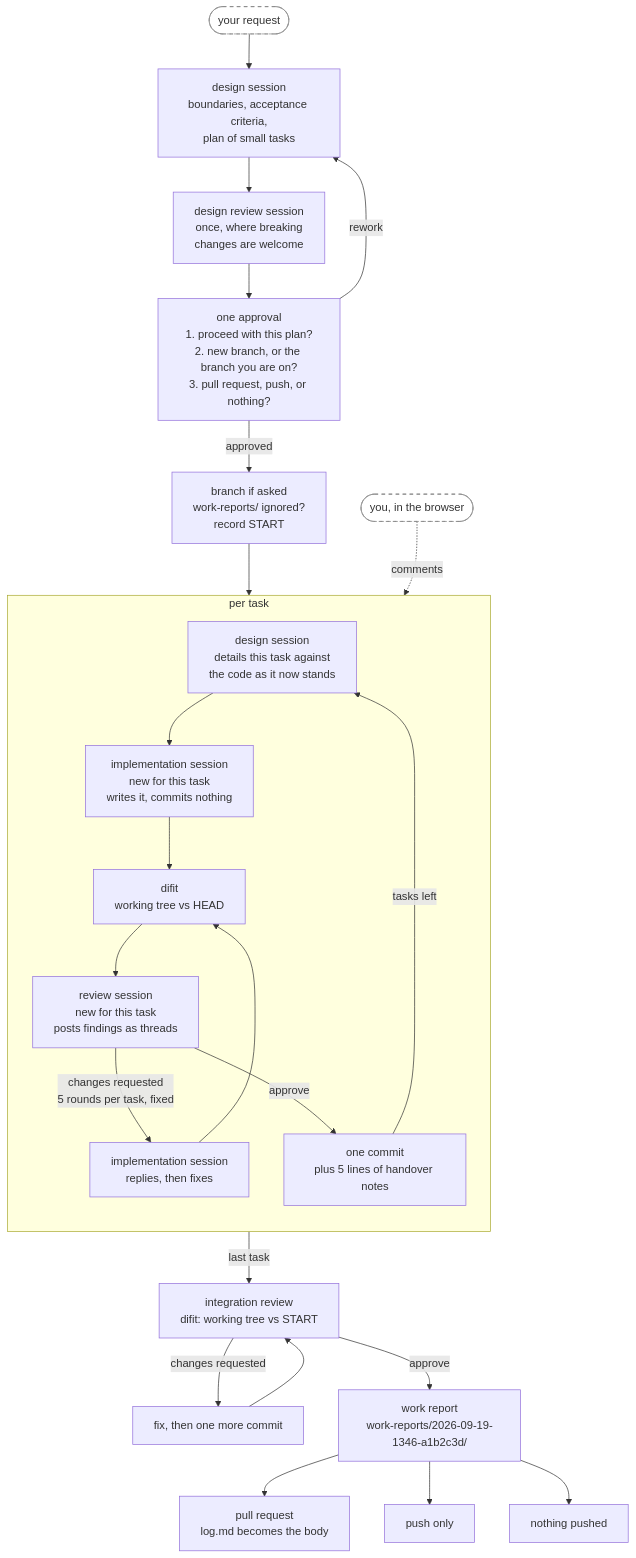
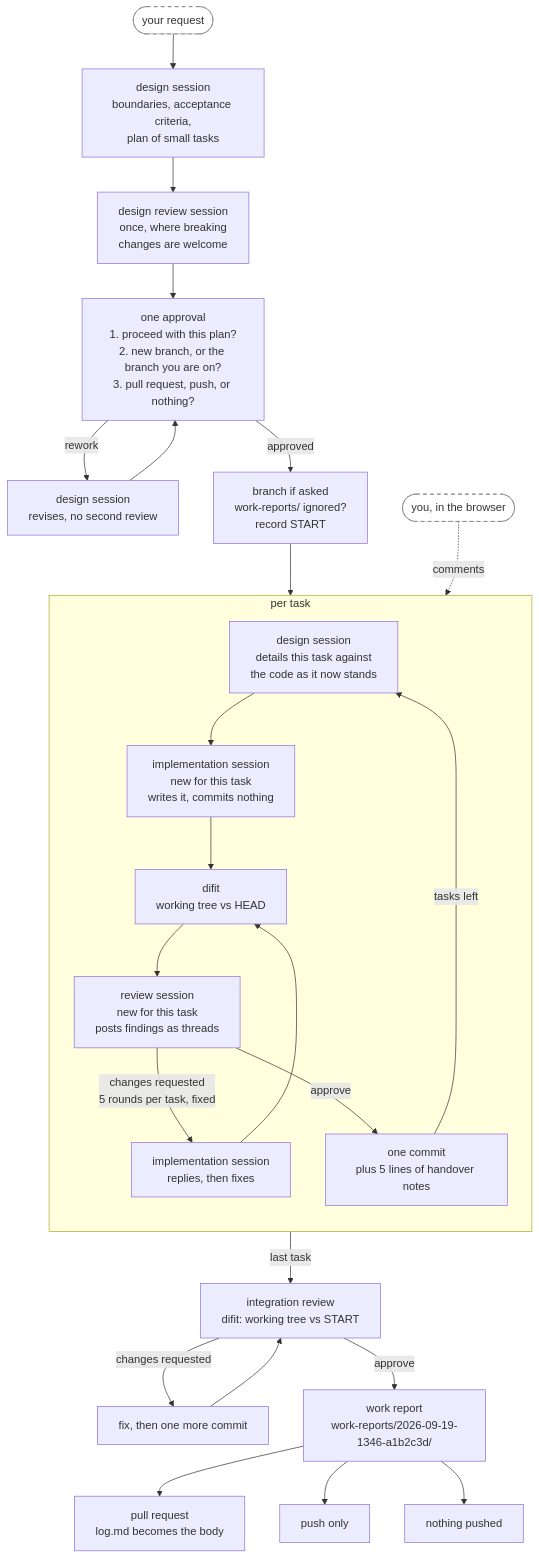
One commit to annetaan/claude-plugins changed the first of 2 diagrams in plugins/annetaan/README.md. Above: the diagram before and after it, drawn with Mermaid. The commit also changed 4 other files, not shown here.

First line of the commit message:
fix: settle the integration review of the design review

````diff
--- a/plugins/annetaan/README.md
+++ b/plugins/annetaan/README.md
@@ -34,36 +34,36 @@
 ```mermaid
 flowchart TD
     req(["your request"]) --> design["design session<br/>boundaries, acceptance criteria,<br/>plan of small tasks"]
     design --> dreview["design review session<br/>once, where breaking<br/>changes are welcome"] --> ask["one approval<br/>1. proceed with this plan?<br/>2. new branch, or the branch you are on?<br/>3. pull request, push, or nothing?"]
-    ask -->|rework| design
+    ask -->|rework| redo["design session<br/>revises, no second review"] --> ask
     ask -->|approved| setup["branch if asked<br/>work-reports/ ignored?<br/>record START"]
     setup --> detail
 
     subgraph task["per task"]
         direction TB
         detail["design session<br/>details this task against<br/>the code as it now stands"]
         impl["implementation session<br/>new for this task<br/>writes it, commits nothing"]
         difit["difit<br/>working tree vs HEAD"]
         review["review session<br/>new for this task<br/>posts findings as threads"]
         respond["implementation session<br/>replies, then fixes"]
         commit["one commit<br/>plus 5 lines of handover notes"]
         detail --> impl --> difit --> review
         review -->|"changes requested<br/>5 rounds per task, fixed"| respond
         respond --> difit
         review -->|approve| commit
         commit -->|tasks left| detail
     end
 
     commit -->|last task| integ["integration review<br/>difit: working tree vs START"]
     integ -->|changes requested| integfix["fix, then one more commit"]
     integfix --> integ
     integ -->|approve| report["work report<br/>work-reports/2026-09-19-1346-a1b2c3d/"]
     report --> pr["pull request<br/>log.md becomes the body"]
     report --> push["push only"]
     report --> local["nothing pushed"]
 
     you(["you, in the browser"]) -.->|comments| difit
 
     classDef human fill:#fff,stroke:#888,stroke-dasharray: 5 5
     class req,you human
 ```
````
